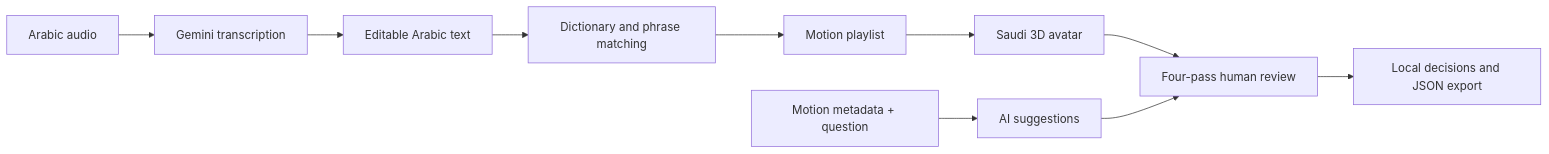
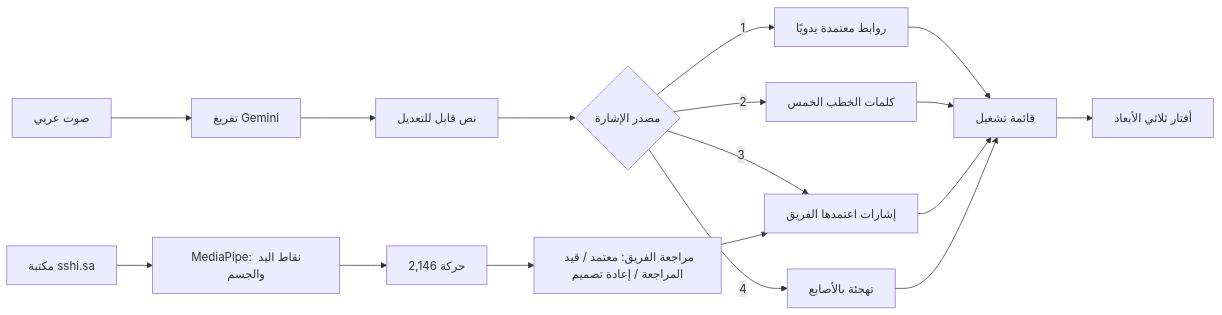
The diagram in README.md (iamghaid/bayan), drawn with Mermaid before and after one commit. The commit also changed other lines of this file and 10 other files, not shown here.

````diff
--- a/README.md
+++ b/README.md
@@ -34,12 +49,16 @@
 ```mermaid
 flowchart LR
-    A[Arabic audio] --> B[Gemini transcription]
-    B --> C[Editable Arabic text]
-    C --> D[Dictionary and phrase matching]
-    D --> E[Motion playlist]
-    E --> F[Saudi 3D avatar]
-    F --> G[Four-pass human review]
-    G --> H[Local decisions and JSON export]
-    M[Motion metadata + question] --> I[AI suggestions]
-    I --> G
+    A[صوت عربي] --> B[تفريغ Gemini]
+    B --> C[نص قابل للتعديل]
+    C --> D{مصدر الإشارة}
+    D -->|1| D1[روابط معتمدة يدويًا]
+    D -->|2| D2[كلمات الخطب الخمس]
+    D -->|3| D3[إشارات اعتمدها الفريق]
+    D -->|4| D4[تهجئة بالأصابع]
+    D1 & D2 & D3 & D4 --> E[قائمة تشغيل]
+    E --> F[أفتار ثلاثي الأبعاد]
+    G[مكتبة sshi.sa] --> H[MediaPipe: نقاط اليد والجسم]
+    H --> I[2,146 حركة]
+    I --> J[مراجعة الفريق: معتمد / قيد المراجعة / إعادة تصميم]
+    J --> D3
 ```
````
